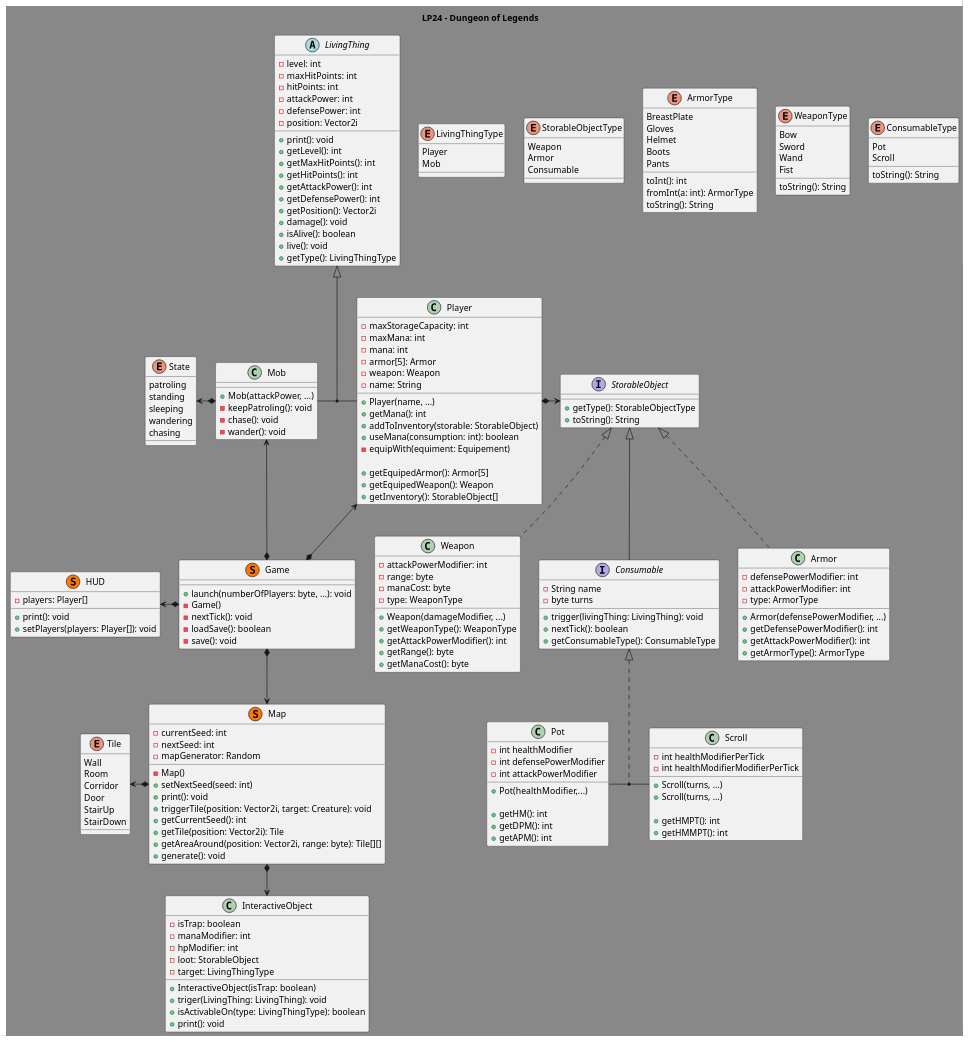
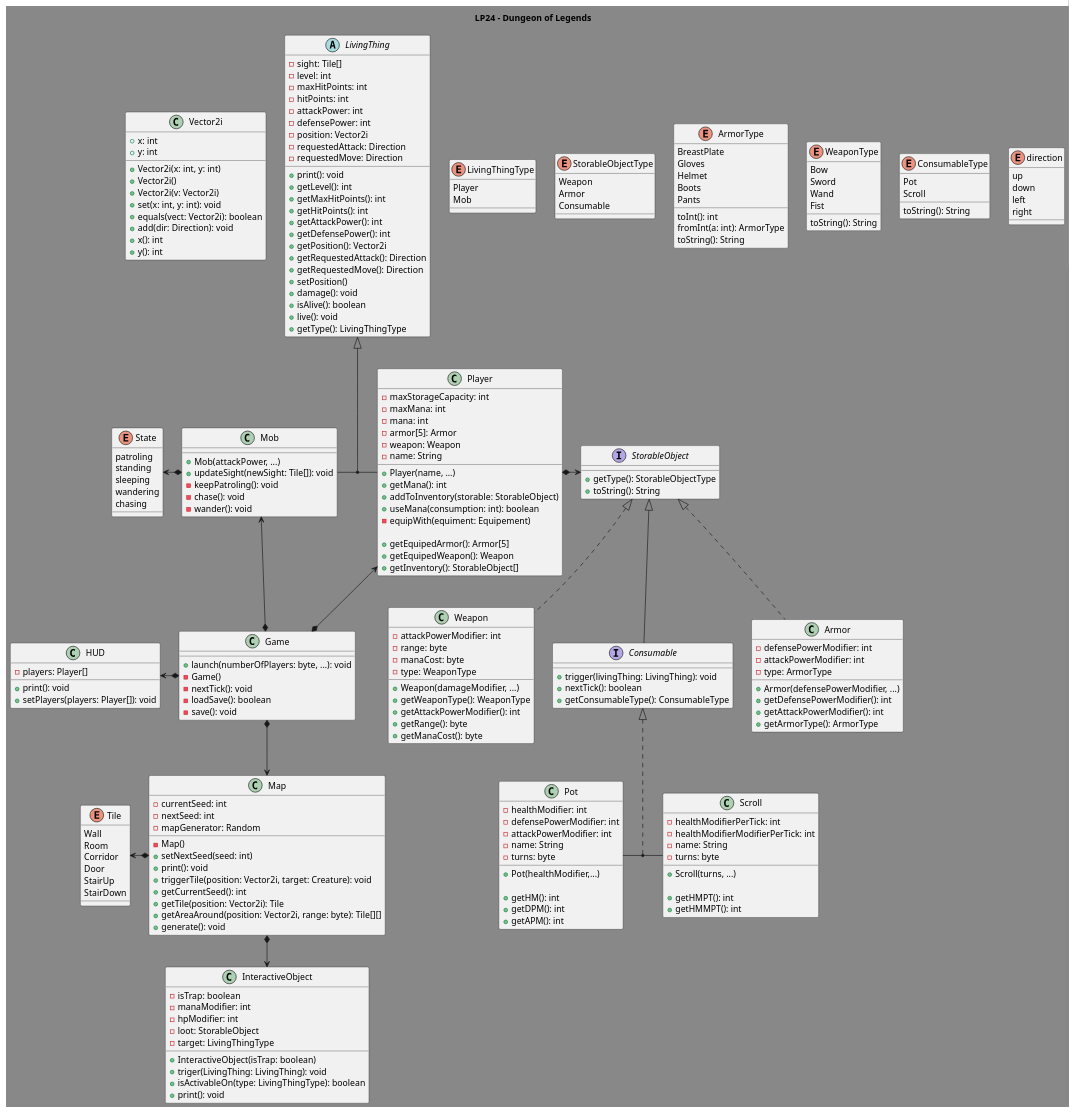
Before and after one commit to TiWinDeTea/Raoul-the-Game: the diagram in diagram.puml, drawn with PlantUML. The commit also changed 23 other files, not shown here.

Commit message:
Changing architecture and updating diagram

```diff
--- a/diagram.puml
+++ b/diagram.puml
@@ -8,6 +8,12 @@
     backgroundcolor #888888
 }
 
+enum direction{
+    up
+    down
+    left
+    right
+}
 enum ConsumableType{
     Pot
     Scroll
@@ -64,8 +70,6 @@
 
 
 interface Consumable{
-    - String name
-    - byte turns
     + trigger(livingThing: LivingThing): void
     + nextTick(): boolean
     + getConsumableType(): ConsumableType
@@ -100,9 +104,10 @@
 StorableObject <|.. Weapon
 
 class Scroll{
-    - int healthModifierPerTick
-    - int healthModifierModifierPerTick
-    + Scroll(turns, ...)
+    - healthModifierPerTick: int
+    - healthModifierModifierPerTick: int
+    - name: String
+    - turns: byte
     + Scroll(turns, ...)
 
     'For saving purposes
@@ -111,9 +116,11 @@
 }
 
 class Pot{
-    - int healthModifier
-    - int defensePowerModifier
-    - int attackPowerModifier
+    - healthModifier: int
+    - defensePowerModifier: int
+    - attackPowerModifier: int
+    - name: String
+    - turns: byte
     + Pot(healthModifier,...)
 
     'For saving purposes
@@ -127,12 +134,15 @@
 Consumable <|.. (Pot, Scroll)
 
 abstract class LivingThing{
+    - sight: Tile[]
     - level: int
     - maxHitPoints: int
     - hitPoints: int
     - attackPower: int
     - defensePower: int
     - position: Vector2i
+    - requestedAttack: Direction
+    - requestedMove: Direction
     + print(): void
     + getLevel(): int
     + getMaxHitPoints(): int
@@ -140,6 +150,9 @@
     + getAttackPower(): int
     + getDefensePower(): int
     + getPosition(): Vector2i
+    + getRequestedAttack(): Direction
+    + getRequestedMove(): Direction
+    + setPosition()
     + damage(): void
     + isAlive(): boolean
     + live(): void
@@ -170,6 +183,7 @@
 
 class Mob{
     + Mob(attackPower, ...)
+    + updateSight(newSight: Tile[]): void
     - keepPatroling(): void
     - chase(): void
     - wander(): void
@@ -179,7 +193,7 @@
 Mob -[hidden]up-> LivingThing
 LivingThing <|-- (Mob, Player)
 
-class Game << (S, #FF7700) >>{
+class Game {
     + launch(numberOfPlayers: byte, ...): void
     - Game()
     - nextTick(): void
@@ -191,7 +205,7 @@
 Game *--> Map
 Game *-left-> HUD
 
-class Map << (S, #FF7700) >>{
+class Map {
     - currentSeed: int
     - nextSeed: int
     - mapGenerator: Random
@@ -215,7 +229,7 @@
     chasing
 }
 
-class HUD << (S, #FF7700) >>{
+class HUD {
     - players: Player[]
     + print(): void
     + setPlayers(players: Player[]): void
@@ -232,4 +246,18 @@
     + isActivableOn(type: LivingThingType): boolean
     + print(): void
 }
+
+class Vector2i{
+    + x: int
+    + y: int
+    + Vector2i(x: int, y: int)
+    + Vector2i()
+    + Vector2i(v: Vector2i)
+    + set(x: int, y: int): void
+    + equals(vect: Vector2i): boolean
+    + add(dir: Direction): void
+    + x(): int
+    + y(): int
+}
+Vector2i *-[hidden]right-> LivingThing
 @enduml
```
